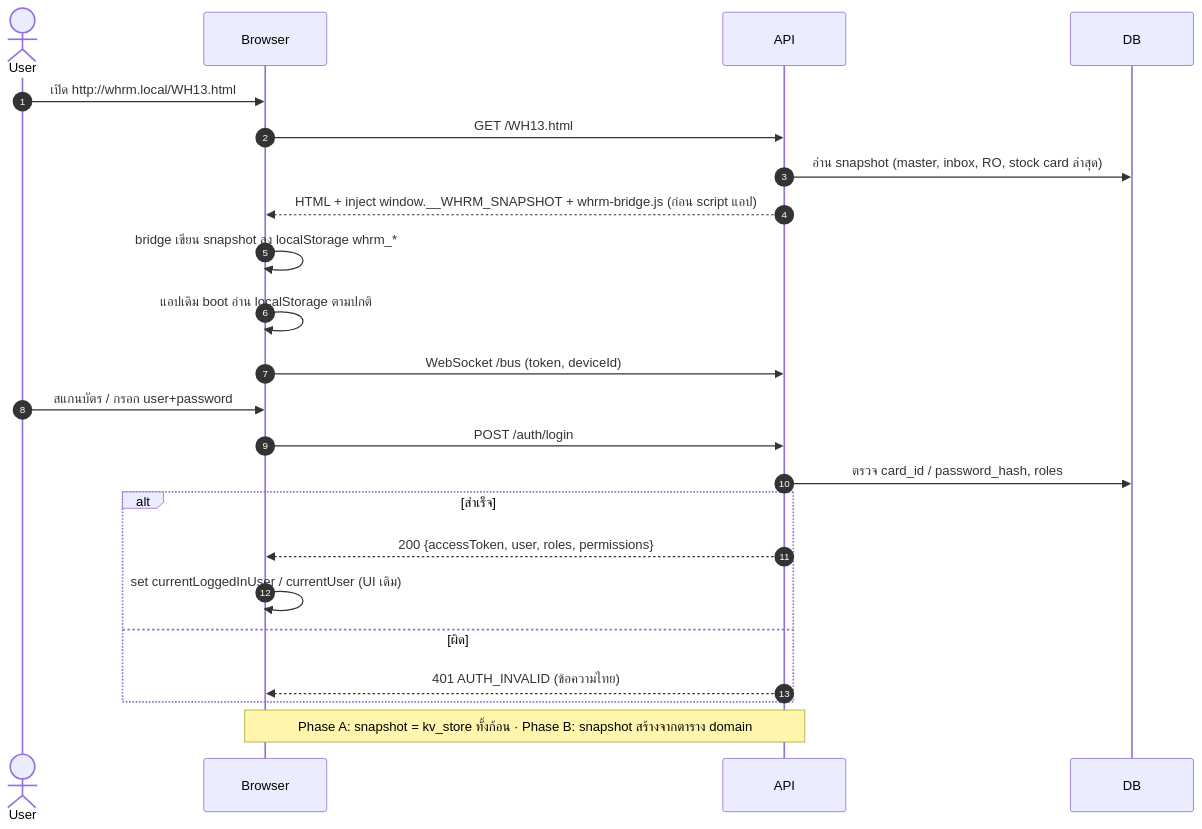
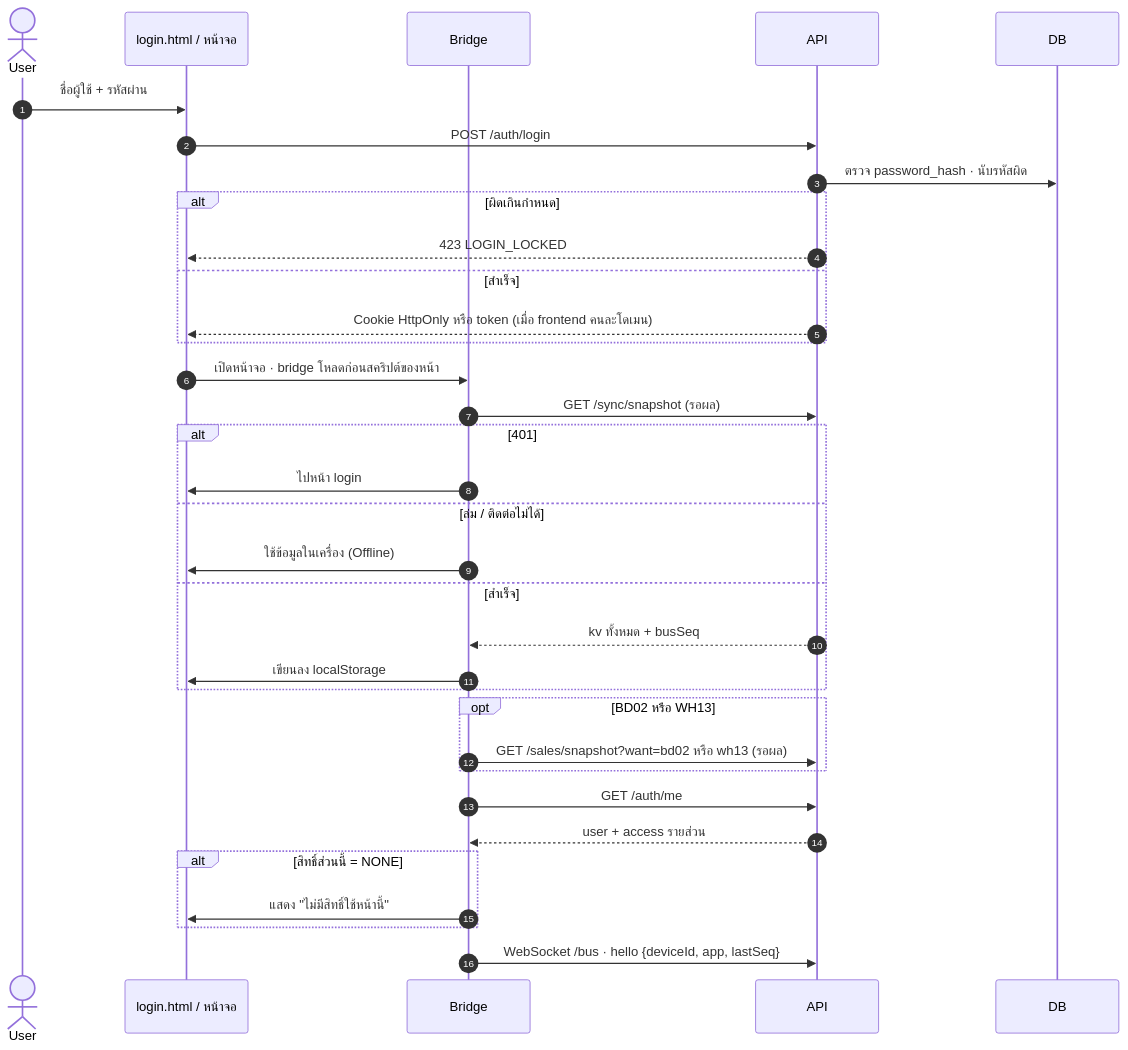
Before and after one commit to Aum2010/WHSM-1791103979: the second of 14 diagrams in docs/01-sequence-diagrams.md, drawn with Mermaid. The commit also changed other lines of this file and 3 other files, not shown here.

Commit message:
Docs: update sequence diagrams to current system; record customer decisions

````diff
--- a/docs/01-sequence-diagrams.md
+++ b/docs/01-sequence-diagrams.md
@@ -69,26 +76,37 @@
 ```mermaid
 sequenceDiagram
     autonumber
     actor User
-    participant Browser
+    participant Page as login.html / หน้าจอ
+    participant Bridge
     participant API
     participant DB
 
-    User->>Browser: เปิด http://whrm.local/WH13.html
-    Browser->>API: GET /WH13.html
-    API->>DB: อ่าน snapshot (master, inbox, RO, stock card ล่าสุด)
-    API-->>Browser: HTML + inject window.__WHRM_SNAPSHOT + whrm-bridge.js (ก่อน script แอป)
-    Browser->>Browser: bridge เขียน snapshot ลง localStorage whrm_*
-    Browser->>Browser: แอปเดิม boot อ่าน localStorage ตามปกติ
-    Browser->>API: WebSocket /bus (token, deviceId)
-    User->>Browser: สแกนบัตร / กรอก user+password
-    Browser->>API: POST /auth/login
-    API->>DB: ตรวจ card_id / password_hash, roles
-    alt สำเร็จ
-        API-->>Browser: 200 {accessToken, user, roles, permissions}
-        Browser->>Browser: set currentLoggedInUser / currentUser (UI เดิม)
-    else ผิด
-        API-->>Browser: 401 AUTH_INVALID (ข้อความไทย)
+    User->>Page: ชื่อผู้ใช้ + รหัสผ่าน
+    Page->>API: POST /auth/login
+    API->>DB: ตรวจ password_hash · นับรหัสผิด
+    alt ผิดเกินกำหนด
+        API-->>Page: 423 LOGIN_LOCKED
+    else สำเร็จ
+        API-->>Page: Cookie HttpOnly หรือ token (เมื่อ frontend คนละโดเมน)
     end
-    Note over Browser,API: Phase A: snapshot = kv_store ทั้งก้อน · Phase B: snapshot สร้างจากตาราง domain
+    Page->>Bridge: เปิดหน้าจอ · bridge โหลดก่อนสคริปต์ของหน้า
+    Bridge->>API: GET /sync/snapshot (รอผล)
+    alt 401
+        Bridge->>Page: ไปหน้า login
+    else ล่ม / ติดต่อไม่ได้
+        Bridge->>Page: ใช้ข้อมูลในเครื่อง (Offline)
+    else สำเร็จ
+        API-->>Bridge: kv ทั้งหมด + busSeq
+        Bridge->>Page: เขียนลง localStorage
+    end
+    opt BD02 หรือ WH13
+        Bridge->>API: GET /sales/snapshot?want=bd02 หรือ wh13 (รอผล)
+    end
+    Bridge->>API: GET /auth/me
+    API-->>Bridge: user + access รายส่วน
+    alt สิทธิ์ส่วนนี้ = NONE
+        Bridge->>Page: แสดง "ไม่มีสิทธิ์ใช้หน้านี้"
+    end
+    Bridge->>API: WebSocket /bus · hello {deviceId, app, lastSeq}
 ```
````
